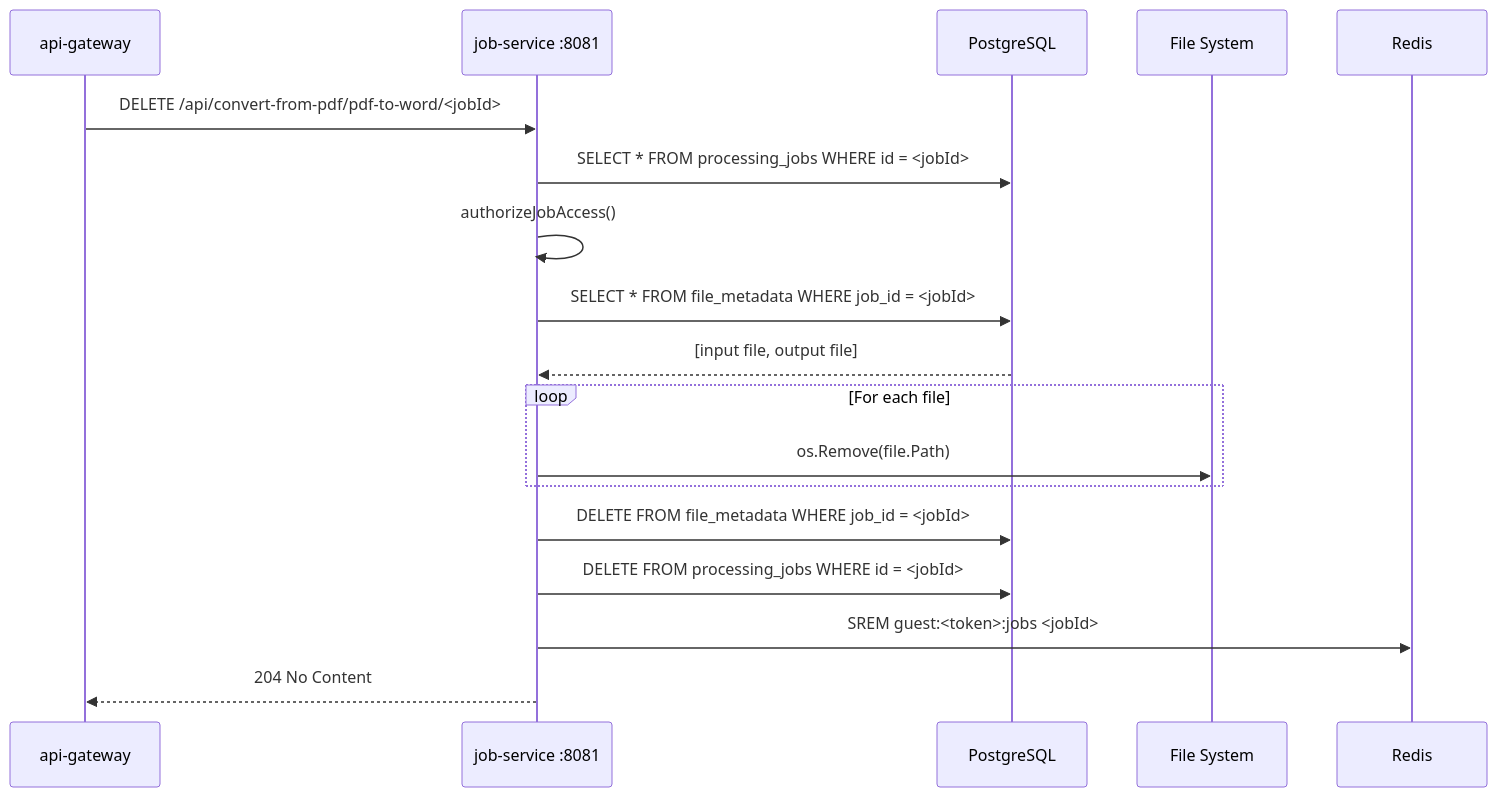
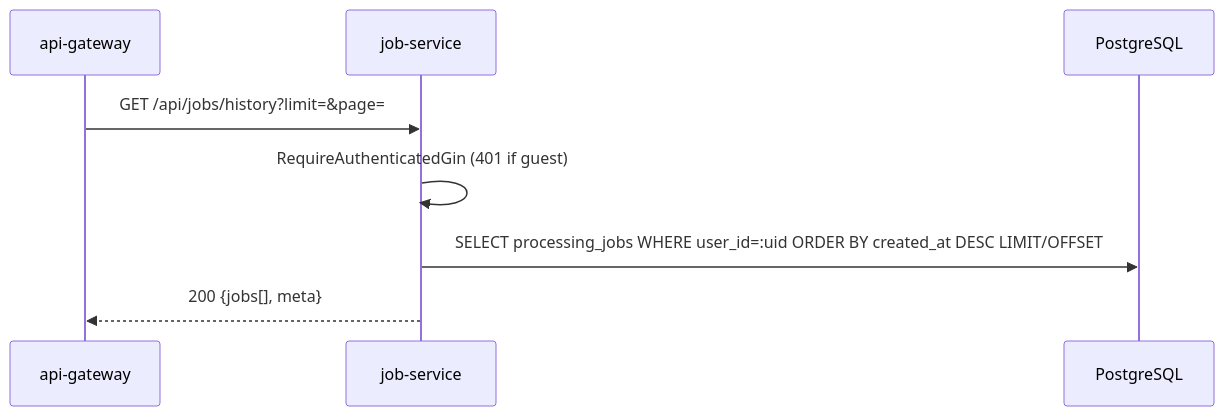
The fifth of 8 diagrams in docs/developer/mermaid/service-job-service-sequence.md (Prachidubey2003/fyredocs_backend), drawn with Mermaid before and after one commit. The commit also changed other lines of this file and 39 other files, not shown here.

Commit message:
Refactor PDF services to use NATS JetStream for job dispatch and event publishing; enhance documentation for OPTIMIZE_PDF and ORGANIZE_PDF services; remove deprecated UPLOAD_SERVICE documentation; update OpenAPI spec for improved clarity and accuracy.

````diff
--- a/docs/developer/mermaid/service-job-service-sequence.md
+++ b/docs/developer/mermaid/service-job-service-sequence.md
@@ -120,27 +136,11 @@
 ```mermaid
 sequenceDiagram
     participant GW as api-gateway
-    participant JS as job-service :8081
+    participant JS as job-service
     participant PG as PostgreSQL
-    participant Disk as File System
-    participant Redis
 
-    GW->>JS: DELETE /api/convert-from-pdf/pdf-to-word/<jobId>
-
-    JS->>PG: SELECT * FROM processing_jobs WHERE id = <jobId>
-    JS->>JS: authorizeJobAccess()
-
-    JS->>PG: SELECT * FROM file_metadata WHERE job_id = <jobId>
-    PG-->>JS: [input file, output file]
-
-    loop For each file
-        JS->>Disk: os.Remove(file.Path)
-    end
-
-    JS->>PG: DELETE FROM file_metadata WHERE job_id = <jobId>
-    JS->>PG: DELETE FROM processing_jobs WHERE id = <jobId>
-
-    JS->>Redis: SREM guest:<token>:jobs <jobId>
-
-    JS-->>GW: 204 No Content
+    GW->>JS: GET /api/jobs/history?limit=&page=
+    JS->>JS: RequireAuthenticatedGin (401 if guest)
+    JS->>PG: SELECT processing_jobs WHERE user_id=:uid ORDER BY created_at DESC LIMIT/OFFSET
+    JS-->>GW: 200 {jobs[], meta}
 ```
````
